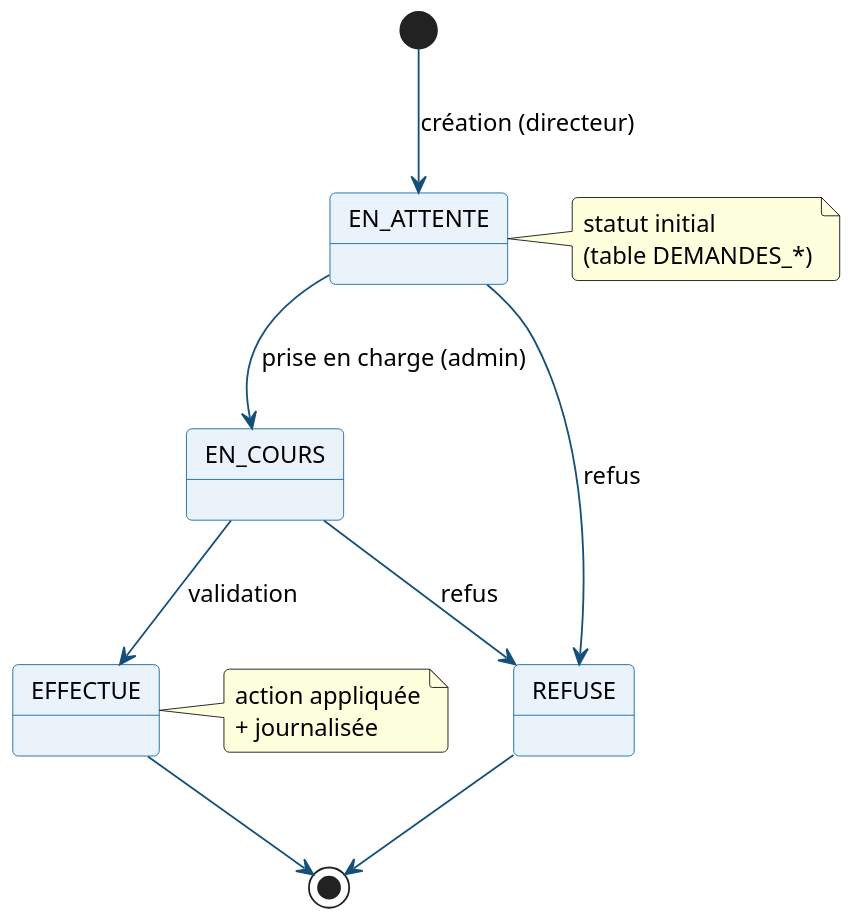
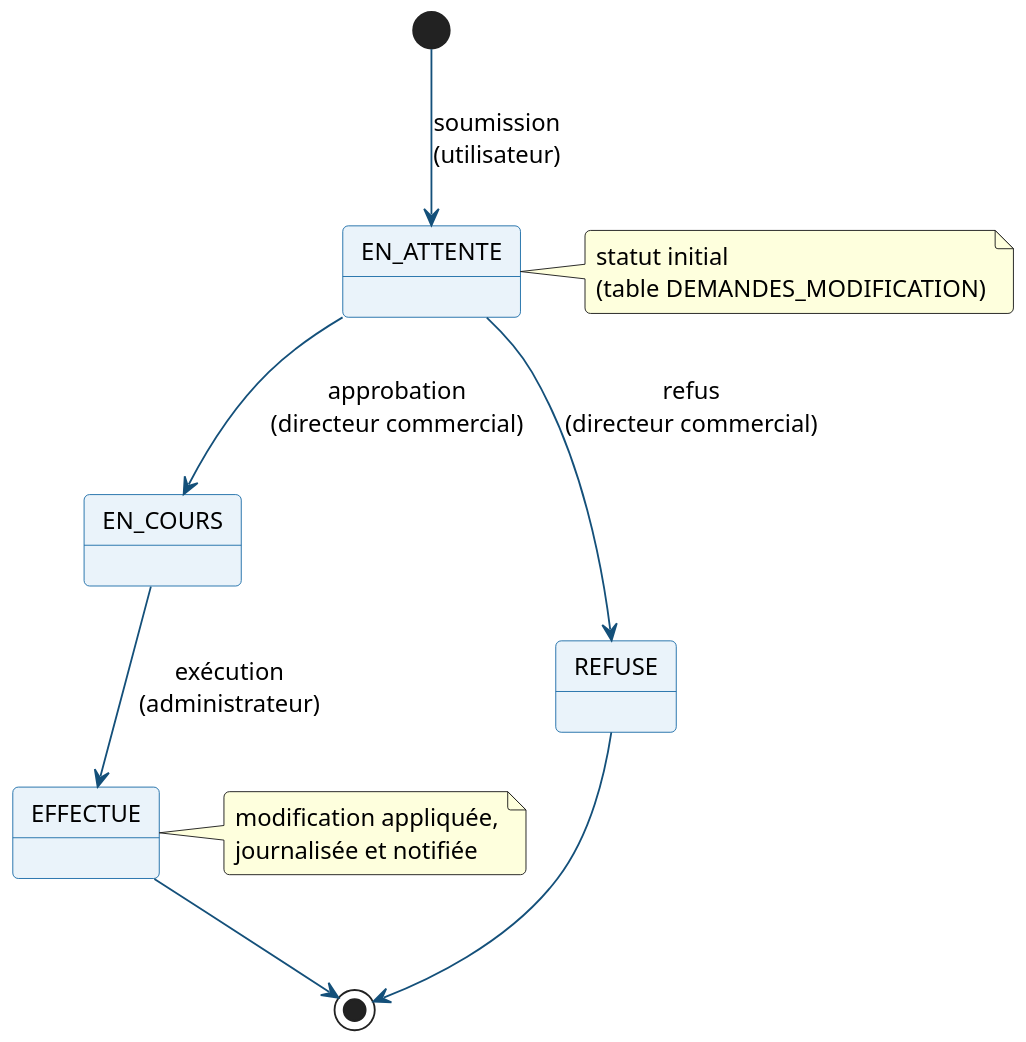
Before and after one commit to ZizouX0/oussema_korbosli: the diagram in rapport-latex/diagrams/state_demande.puml, drawn with PlantUML. The commit also changed 20 other files, not shown here.

```diff
--- a/rapport-latex/diagrams/state_demande.puml
+++ b/rapport-latex/diagrams/state_demande.puml
@@ -1,23 +1,22 @@
 @startuml
 
 skinparam dpi 150
 skinparam shadowing false
 skinparam DefaultFontName Arial
 skinparam DefaultFontSize 13
 skinparam ArrowColor #14507A
 skinparam roundCorner 6
 
 skinparam state {
   BackgroundColor #EAF3FA
   BorderColor #1B6CA8
 }
-[*] --> EN_ATTENTE : création (directeur)
-EN_ATTENTE --> EN_COURS : prise en charge (admin)
-EN_ATTENTE --> REFUSE : refus
-EN_COURS --> EFFECTUE : validation
-EN_COURS --> REFUSE : refus
+[*] --> EN_ATTENTE : soumission\n(utilisateur)
+EN_ATTENTE --> EN_COURS : approbation\n(directeur commercial)
+EN_ATTENTE --> REFUSE : refus\n(directeur commercial)
+EN_COURS --> EFFECTUE : exécution\n(administrateur)
 EFFECTUE --> [*]
 REFUSE --> [*]
-note right of EN_ATTENTE : statut initial\n(table DEMANDES_*)
-note right of EFFECTUE : action appliquée\n+ journalisée
+note right of EN_ATTENTE : statut initial\n(table DEMANDES_MODIFICATION)
+note right of EFFECTUE : modification appliquée,\njournalisée et notifiée
 @enduml
```
